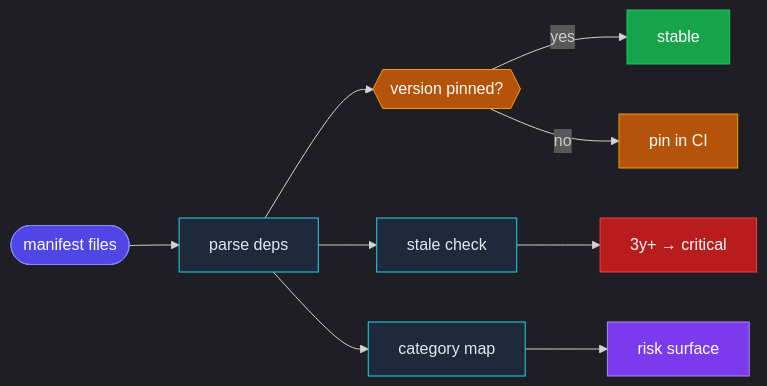
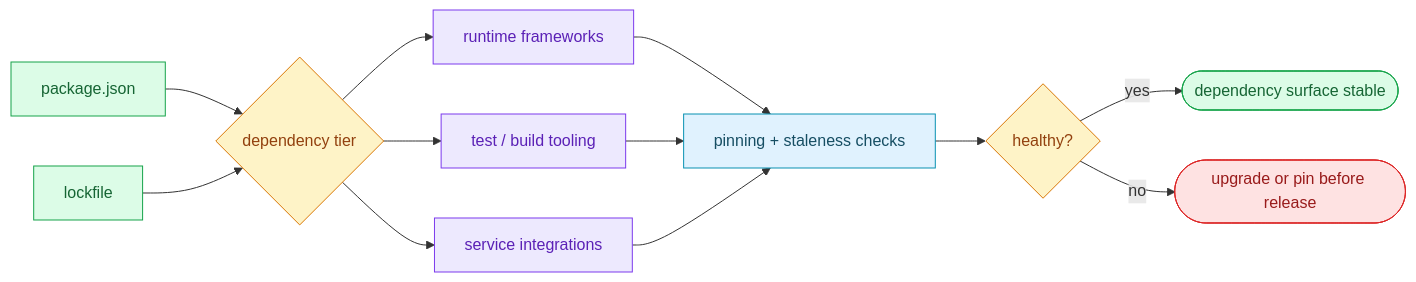
One commit to effiy/YrY changed the diagram in .claude/docs/test/scene-6-third-party-framework-service/index.md. Above: the diagram before and after it, drawn with Mermaid. The commit also changed other lines of this file and 32 other files, not shown here.

First line of the commit message:
docs: standardize mermaid diagrams and add summaries

````diff
--- a/.claude/docs/test/scene-6-third-party-framework-service/index.md
+++ b/.claude/docs/test/scene-6-third-party-framework-service/index.md
@@ -20,30 +10,21 @@
 ```mermaid
-%%{init: {'theme':'dark','flowchart':{'htmlLabels':true}}}%%
 flowchart LR
-  A([manifest files]):::input
-  B[parse deps]:::step
-  C{{version pinned?}}:::decision
-  D[stable]:::pass
-  E[pin in CI]:::warn
-  F[stale check]:::step
-  G[3y+ → critical]:::fail
-  H[category map]:::step
-  I[risk surface]:::output
+  pkg[package.json]:::source --> tiers{dependency tier}:::decision
+  lock[lockfile]:::source --> tiers
+  tiers --> runtime[runtime frameworks]:::tier
+  tiers --> tooling[test / build tooling]:::tier
+  tiers --> services[service integrations]:::tier
+  runtime --> health[pinning + staleness checks]:::check
+  tooling --> health
+  services --> health
+  health --> gate{healthy?}:::decision
+  gate -->|yes| pass([dependency surface stable]):::done
+  gate -->|no| fail([upgrade or pin before release]):::risk
 
-  A --> B
-  B --> C
-  C -- yes --> D
-  C -- no --> E
-  B --> F
-  F --> G
-  B --> H
-  H --> I
-
-  classDef input fill:#4f46e5,stroke:#818cf8,color:#fff
-  classDef step fill:#1e293b,stroke:#22d3ee,color:#e2e8f0
-  classDef decision fill:#b45309,stroke:#f59e0b,color:#fff
-  classDef pass fill:#16a34a,stroke:#22c55e,color:#fff
-  classDef warn fill:#b45309,stroke:#f59e0b,color:#fff
-  classDef fail fill:#b91c1c,stroke:#ef4444,color:#fff
-  classDef output fill:#7c3aed,stroke:#a78bfa,color:#fff
+  classDef source fill:#dcfce7,stroke:#16a34a,color:#166534
+  classDef decision fill:#fef3c7,stroke:#d97706,color:#92400e
+  classDef tier fill:#ede9fe,stroke:#7c3aed,color:#5b21b6
+  classDef check fill:#e0f2fe,stroke:#0891b2,color:#164e63
+  classDef done fill:#dcfce7,stroke:#16a34a,color:#166534
+  classDef risk fill:#fee2e2,stroke:#dc2626,color:#991b1b
 ```
````
